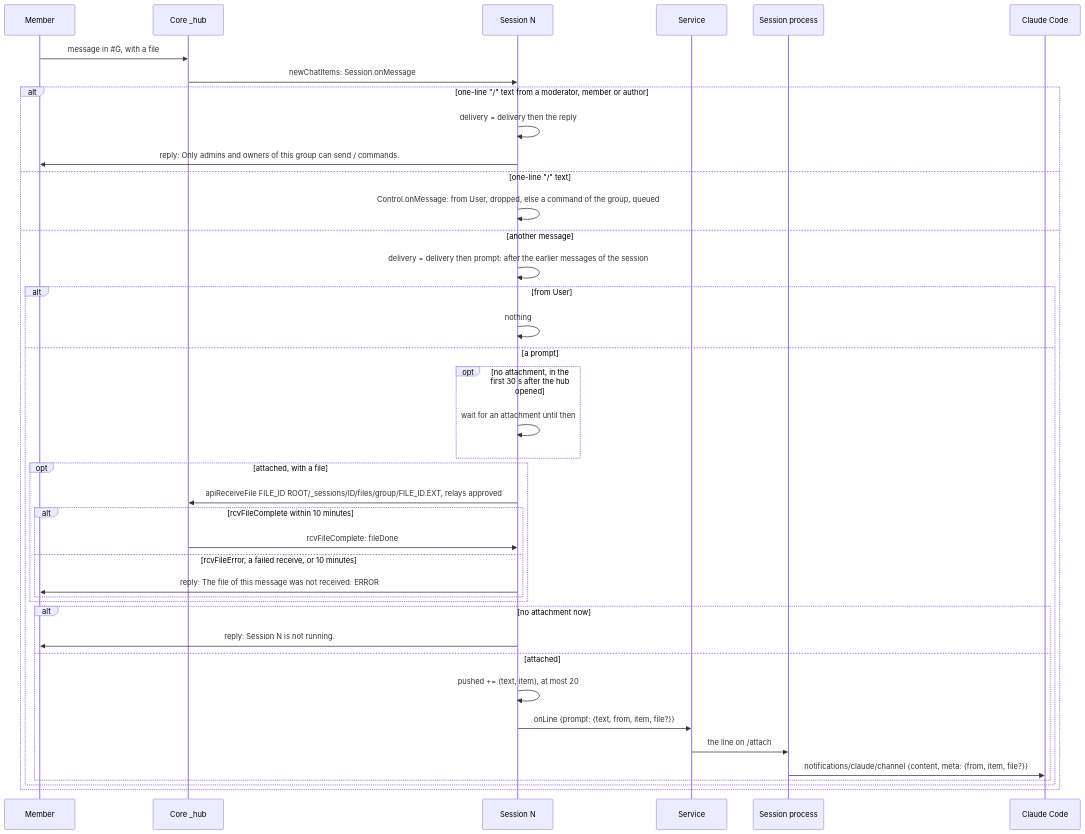
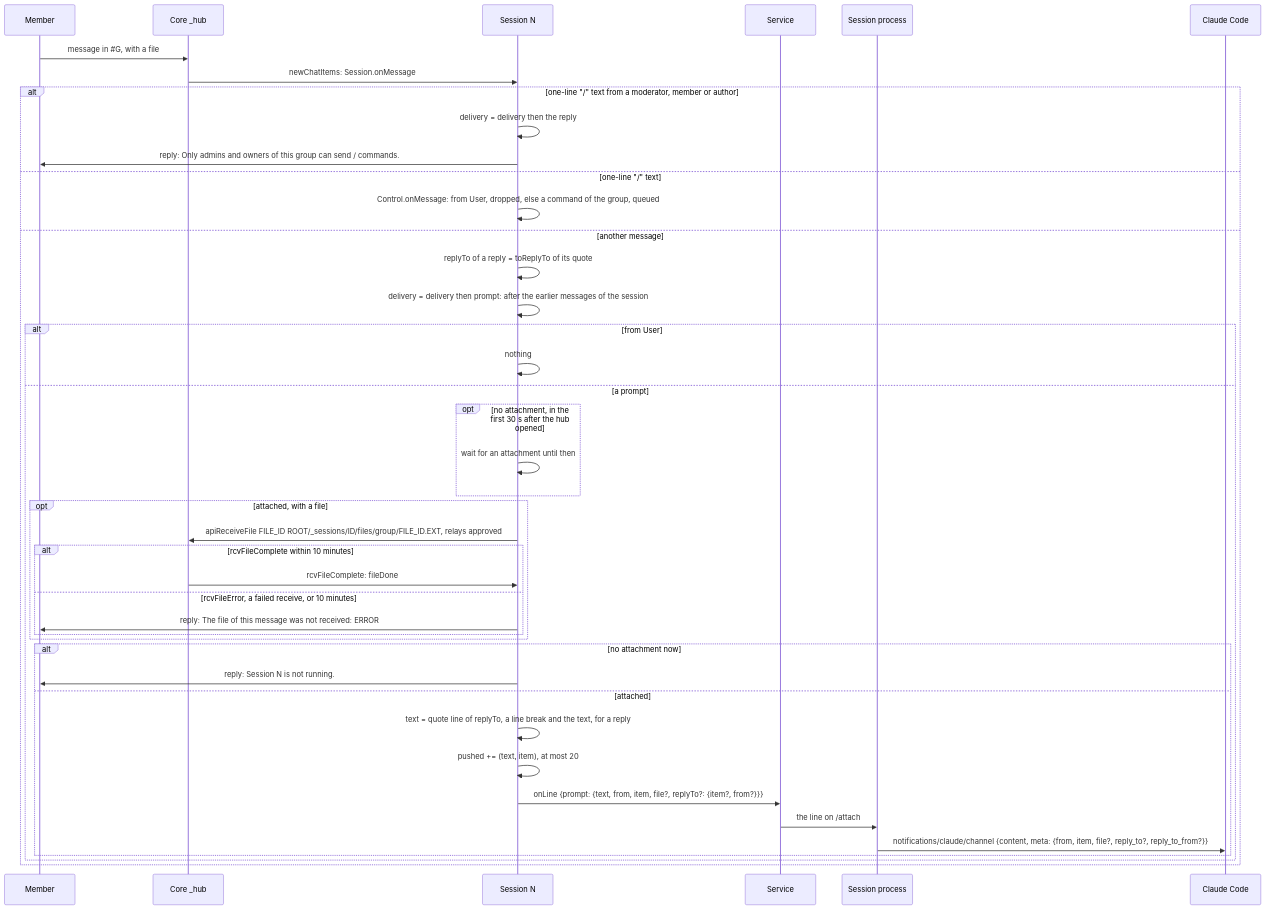
Before and after one commit to simplex-chat/simplex-chat: diagram 20 of 31 in packages/simplex-chat-mcp/spec/flows.md, drawn with Mermaid. The commit also changed other lines of this file and 14 other files, not shown here.

Commit message:
mcp: Claude gets the message a reply quotes

````diff
--- a/packages/simplex-chat-mcp/spec/flows.md
+++ b/packages/simplex-chat-mcp/spec/flows.md
@@ -906,42 +906,44 @@
 ```mermaid
 sequenceDiagram
   participant O as Member
   participant C as Core _hub
   participant N as Session N
   participant D as Service
   participant S as Session process
   participant CC as Claude Code
   O->>C: message in #35;G, with a file
   C->>N: newChatItems: Session.onMessage
   alt one-line "/" text from a moderator, member or author
     N->>N: delivery = delivery then the reply
     N->>O: reply: Only admins and owners of this group can send / commands.
   else one-line "/" text
     N->>N: Control.onMessage: from User, dropped, else a command of the group, queued
   else another message
+    N->>N: replyTo of a reply = toReplyTo of its quote
     N->>N: delivery = delivery then prompt: after the earlier messages of the session
     alt from User
       N->>N: nothing
     else a prompt
       opt no attachment, in the first 30 s after the hub opened
         N->>N: wait for an attachment until then
       end
       opt attached, with a file
         N->>C: apiReceiveFile FILE_ID ROOT/_sessions/ID/files/group/FILE_ID.EXT, relays approved
         alt rcvFileComplete within 10 minutes
           C->>N: rcvFileComplete: fileDone
         else rcvFileError, a failed receive, or 10 minutes
           N->>O: reply: The file of this message was not received: ERROR
         end
       end
       alt no attachment now
         N->>O: reply: Session N is not running.
       else attached
+        N->>N: text = quote line of replyTo, a line break and the text, for a reply
         N->>N: pushed += (text, item), at most 20
-        N->>D: onLine {prompt: {text, from, item, file?}}
+        N->>D: onLine {prompt: {text, from, item, file?, replyTo?: {item?, from?}}}
         D->>S: the line on /attach
-        S->>CC: notifications/claude/channel {content, meta: {from, item, file?}}
+        S->>CC: notifications/claude/channel {content, meta: {from, item, file?, reply_to?, reply_to_from?}}
       end
     end
   end
 ```
````
